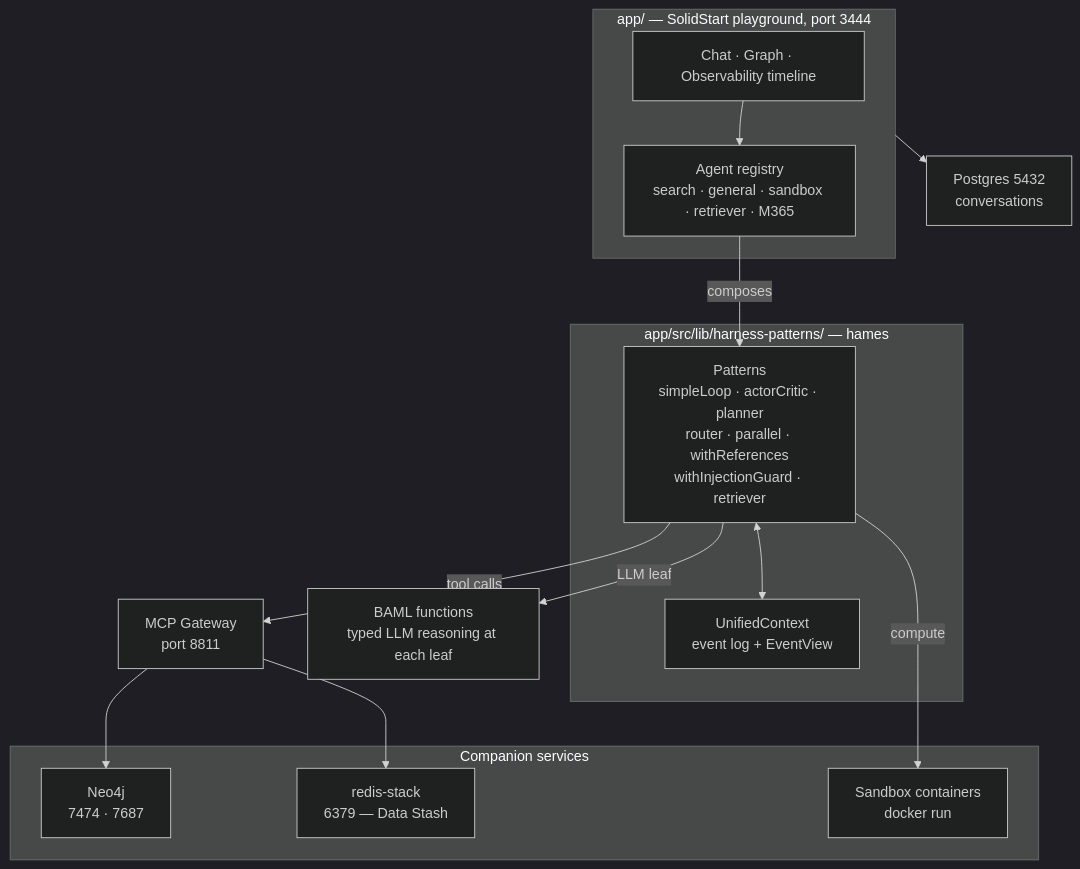
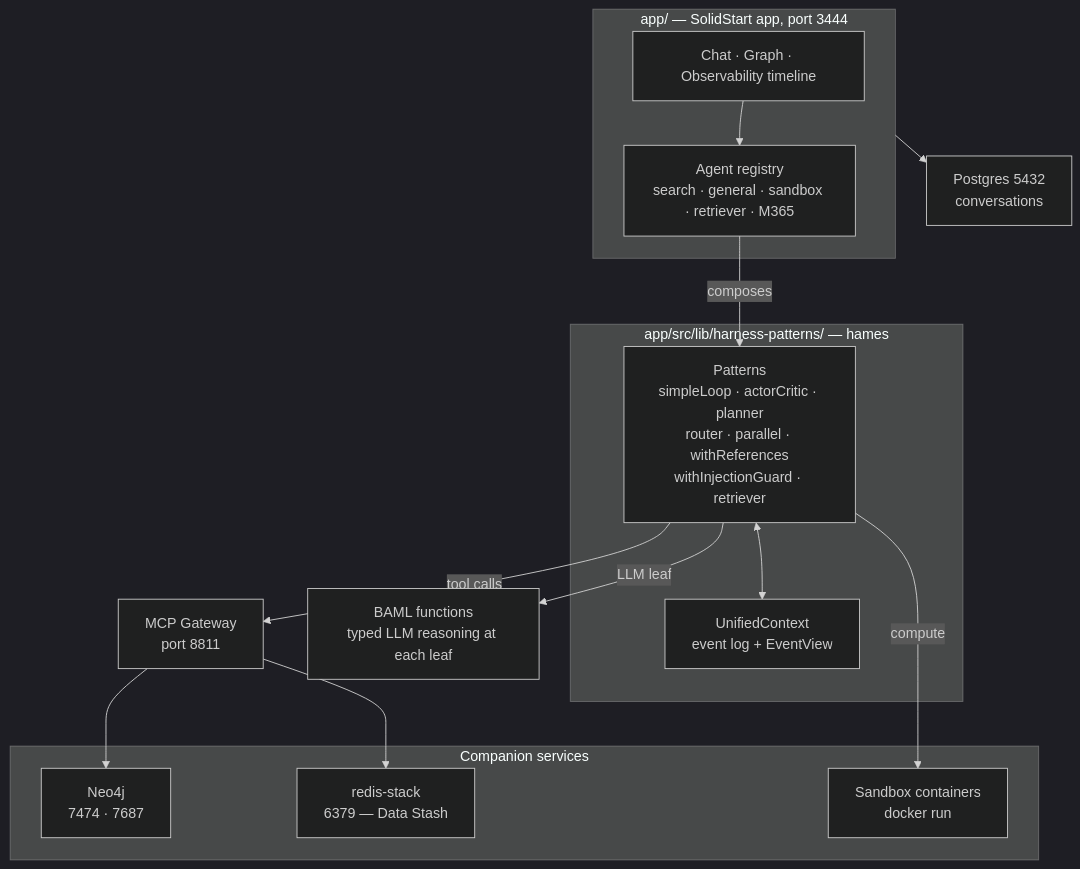
One commit to mknw/hames-playground changed the diagram in README.md. Above: the diagram before and after it, drawn with Mermaid (dark theme). The commit also changed other lines of this file, not shown here.

Commit message:
docs: present the project as the hames app and make the quickstart verbatim-safe

````diff
--- a/README.md
+++ b/README.md
@@ -64,33 +89,33 @@
 ```mermaid
 flowchart TB
-    subgraph APP["app/ — SolidStart playground, port 3444"]
+    subgraph APP["app/ — SolidStart app, port 3444"]
         UI["Chat · Graph · Observability timeline"]
         REG["Agent registry<br/>search · general · sandbox · retriever · M365"]
         UI --> REG
     end
 
     subgraph HAMES["app/src/lib/harness-patterns/ — hames"]
         PAT["Patterns<br/>simpleLoop · actorCritic · planner<br/>router · parallel · withReferences<br/>withInjectionGuard · retriever"]
         CTX["UnifiedContext<br/>event log + EventView"]
         PAT <--> CTX
     end
 
     BAML["BAML functions<br/>typed LLM reasoning at each leaf"]
     GW["MCP Gateway<br/>port 8811"]
 
     subgraph SVC["Companion services"]
         NEO["Neo4j<br/>7474 · 7687"]
         RDS["redis-stack<br/>6379 — Data Stash"]
         SBX["Sandbox containers<br/>docker run"]
     end
 
     PG["Postgres 5432<br/>conversations"]
 
     REG -- composes --> PAT
     PAT -- LLM leaf --> BAML
     PAT -- tool calls --> GW
     PAT -- compute --> SBX
     GW --> NEO
     GW --> RDS
     APP --> PG
 ```
````
